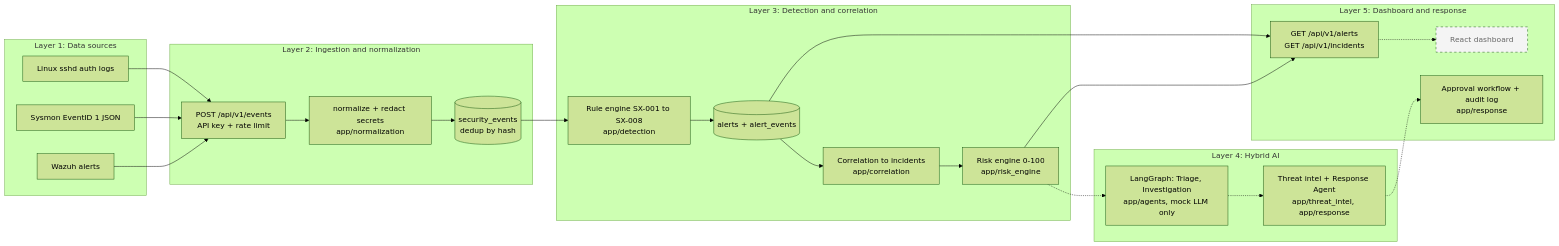
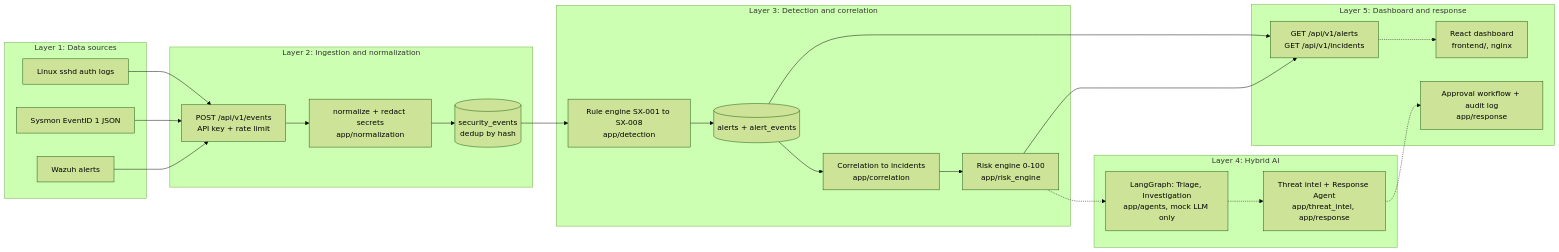
The first of 2 diagrams in docs/architecture.md (duynhat326/SentinelX-Hybrid-AI-powered-Security-Operations-Platform), drawn with Mermaid (forest theme) before and after one commit. The commit also changed other lines of this file and 52 other files, not shown here.

First line of the commit message:
feat: add the React and TypeScript dashboard

````diff
--- a/docs/architecture.md
+++ b/docs/architecture.md
@@ -5,37 +5,37 @@
 ```mermaid
 flowchart LR
     subgraph L1[Layer 1: Data sources]
         A1[Linux sshd auth logs]
         A2[Sysmon EventID 1 JSON]
         A3[Wazuh alerts]
     end
     subgraph L2[Layer 2: Ingestion and normalization]
         B1[POST /api/v1/events<br/>API key + rate limit]
         B2[normalize + redact secrets<br/>app/normalization]
         B3[(security_events<br/>dedup by hash)]
     end
     subgraph L3[Layer 3: Detection and correlation]
         C1[Rule engine SX-001 to SX-008<br/>app/detection]
         C2[(alerts + alert_events)]
         C3[Correlation to incidents<br/>app/correlation]
         C4[Risk engine 0-100<br/>app/risk_engine]
     end
     subgraph L4[Layer 4: Hybrid AI]
         D1[LangGraph: Triage, Investigation<br/>app/agents, mock LLM only]
         D2[Threat intel + Response Agent<br/>app/threat_intel, app/response]
     end
     subgraph L5[Layer 5: Dashboard and response]
         E1[GET /api/v1/alerts<br/>GET /api/v1/incidents]
-        E2[React dashboard]:::planned
+        E2[React dashboard<br/>frontend/, nginx]
         E3[Approval workflow + audit log<br/>app/response]
     end
     A1 --> B1
     A2 --> B1
     A3 --> B1
     B1 --> B2 --> B3 --> C1 --> C2
     C2 --> E1
     C2 --> C3 --> C4 --> E1
     C4 -.-> D1 -.-> D2 -.-> E3
     E1 -.-> E2
     classDef planned stroke-dasharray: 5 5,fill:#f4f4f4,color:#666
 ```
````
